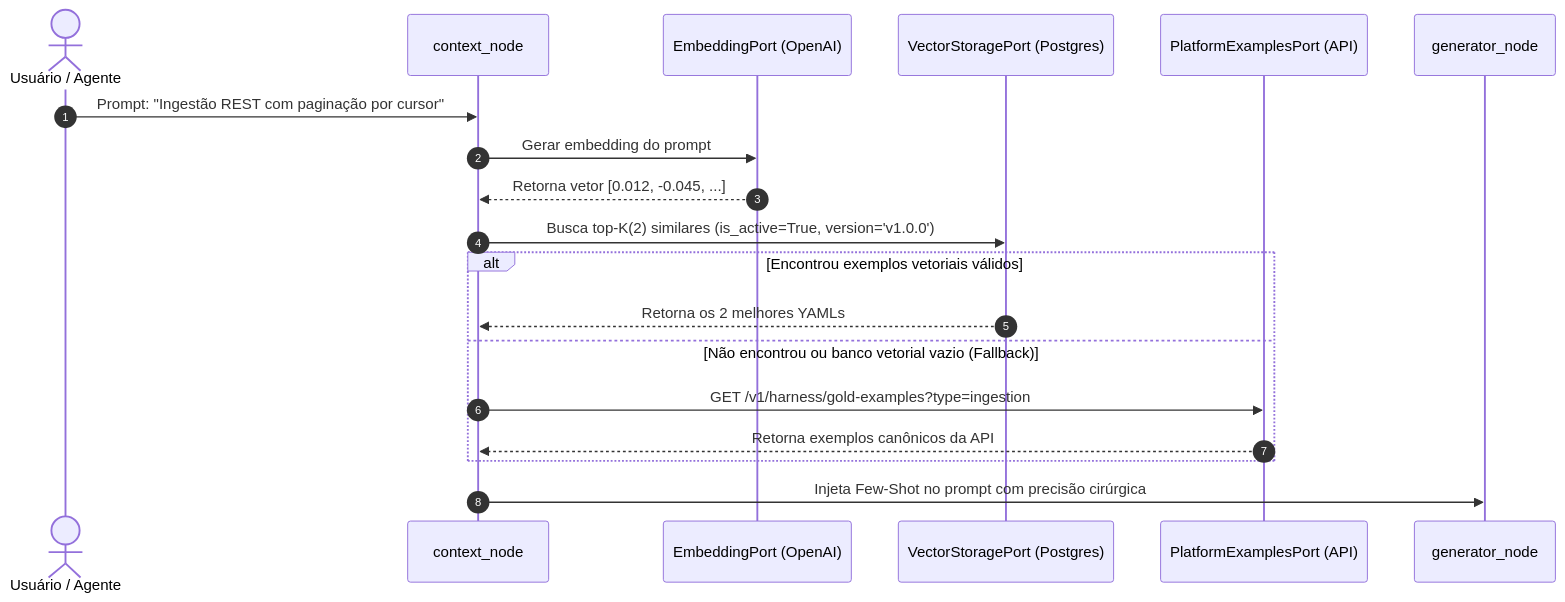
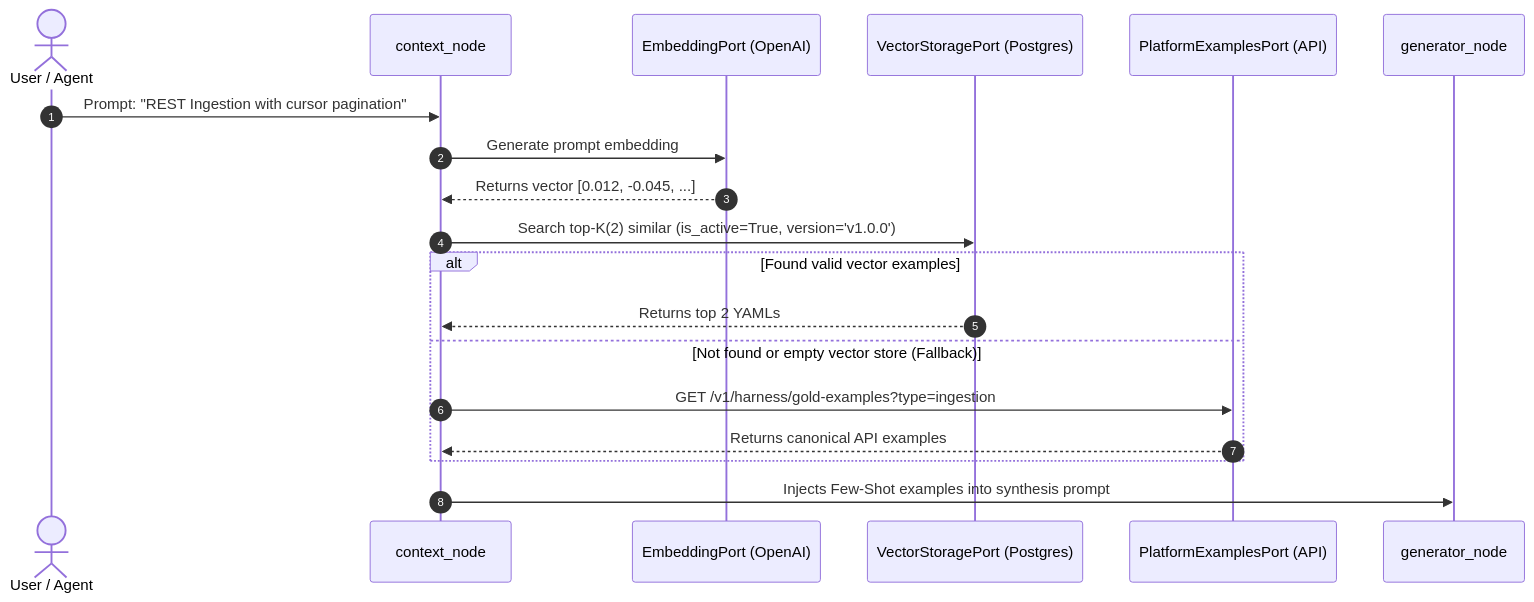
Before and after one commit to Melo-Anderson/pipeline-harness-ai: the second of 3 diagrams in docs/superpowers/specs/2026-08-20-rag-pgvector-and-mcp-server-spec.md, drawn with Mermaid. The commit also changed other lines of this file and 1 other file, not shown here.

Commit message:
docs: translate README, architecture specifications and documentation to English

````diff
--- a/docs/superpowers/specs/2026-08-20-rag-pgvector-and-mcp-server-spec.md
+++ b/docs/superpowers/specs/2026-08-20-rag-pgvector-and-mcp-server-spec.md
@@ -106,24 +106,24 @@
 ```mermaid
 sequenceDiagram
     autonumber
-    actor User as Usuário / Agente
+    actor User as User / Agent
     participant CN as context_node
     participant EP as EmbeddingPort (OpenAI)
     participant VP as VectorStoragePort (Postgres)
     participant AP as PlatformExamplesPort (API)
     participant GN as generator_node
 
-    User->>CN: Prompt: "Ingestão REST com paginação por cursor"
-    CN->>EP: Gerar embedding do prompt
-    EP-->>CN: Retorna vetor [0.012, -0.045, ...]
-    CN->>VP: Busca top-K(2) similares (is_active=True, version='v1.0.0')
+    User->>CN: Prompt: "REST Ingestion with cursor pagination"
+    CN->>EP: Generate prompt embedding
+    EP-->>CN: Returns vector [0.012, -0.045, ...]
+    CN->>VP: Search top-K(2) similar (is_active=True, version='v1.0.0')
     
-    alt Encontrou exemplos vetoriais válidos
-        VP-->>CN: Retorna os 2 melhores YAMLs
-    else Não encontrou ou banco vetorial vazio (Fallback)
+    alt Found valid vector examples
+        VP-->>CN: Returns top 2 YAMLs
+    else Not found or empty vector store (Fallback)
         CN->>AP: GET /v1/harness/gold-examples?type=ingestion
-        AP-->>CN: Retorna exemplos canônicos da API
+        AP-->>CN: Returns canonical API examples
     end
     
-    CN->>GN: Injeta Few-Shot no prompt com precisão cirúrgica
+    CN->>GN: Injects Few-Shot examples into synthesis prompt
 ```
````
